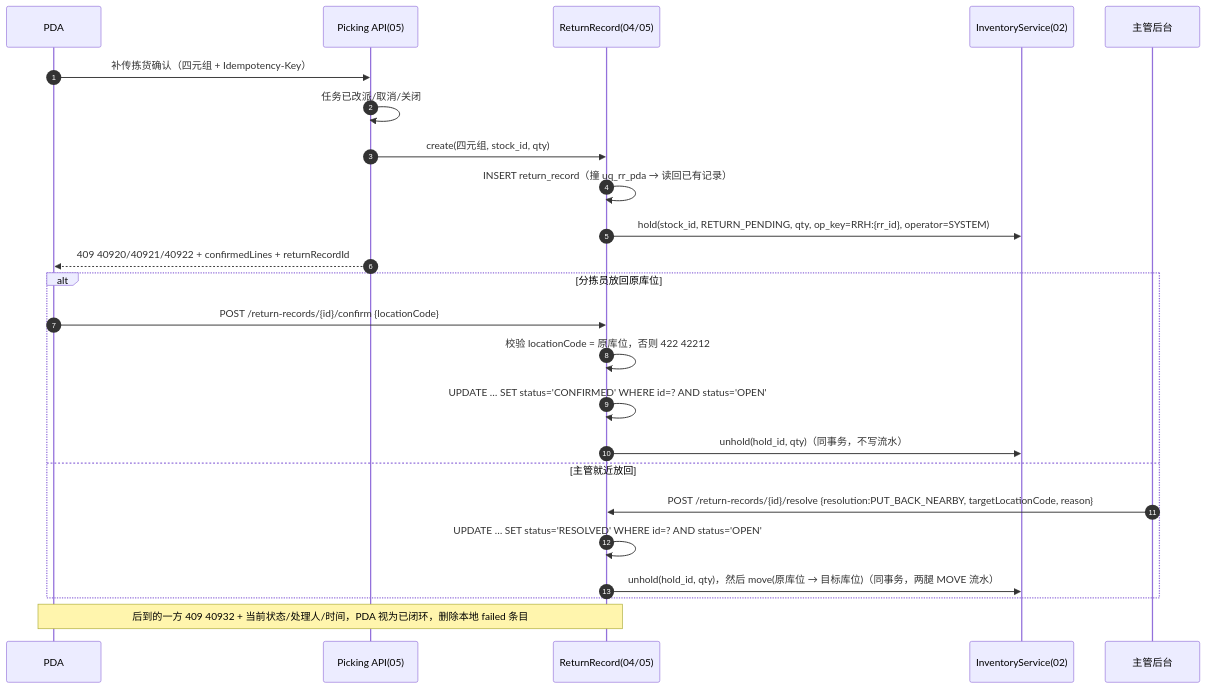
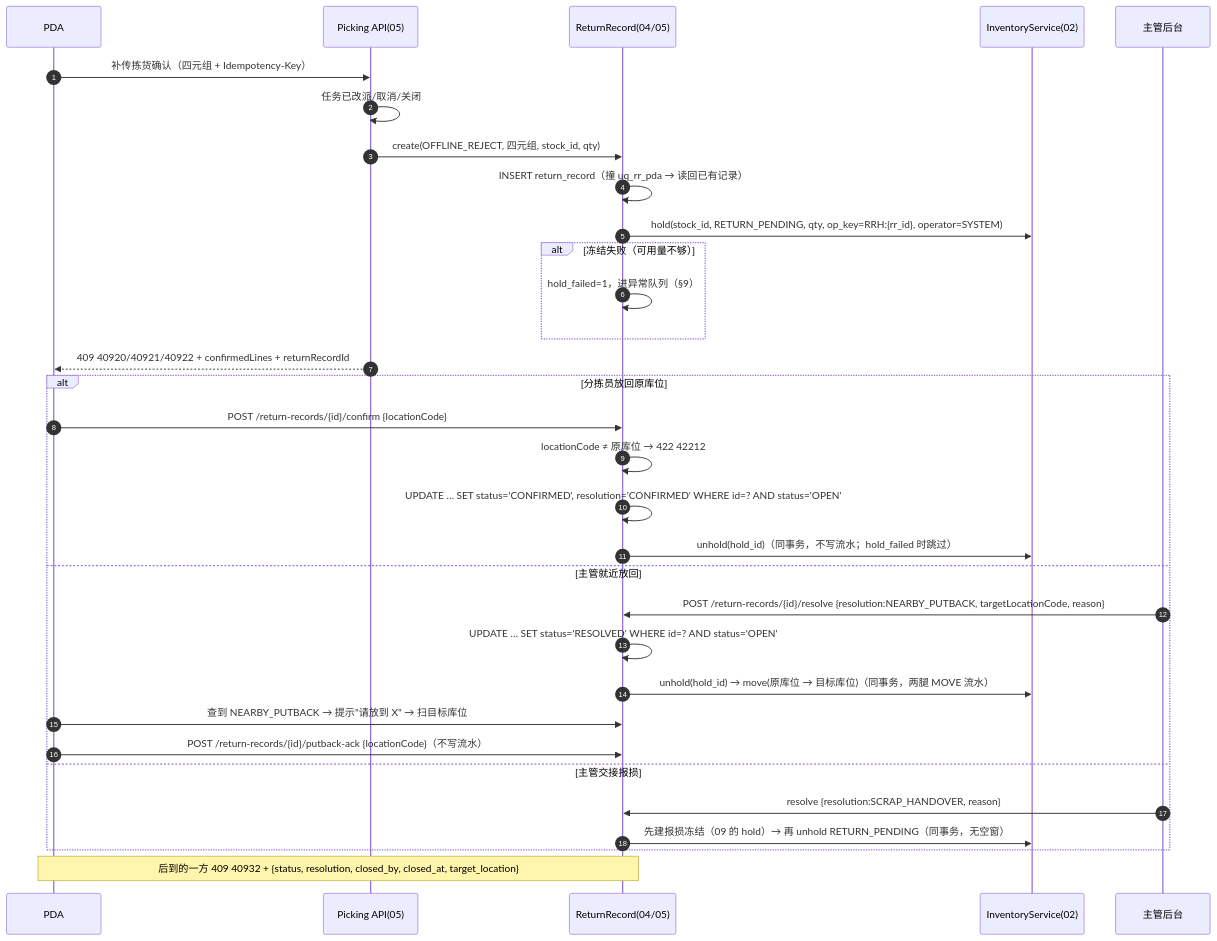
Before and after one commit to Akarin7784/fresh-wms: the fourth of 4 diagrams in docs/04-出库与分配.md, drawn with Mermaid. The commit also changed other lines of this file and 3 other files, not shown here.

Commit message:
docs(04,00): 按小赵 04 对抗评审修订（B1 alloc_round 占用键、B2 已拣量守卫、B3 引用 02 hold 口径、I1–I8、S1–S5）；00 新增部署形态、POD_OP/POD_CORRECT、4095x 配送号段、第 16 篇；schema 加 ck_obo_status/source_hash/alloc_round，lot 日期改 DATE

````diff
--- a/docs/04-出库与分配.md
+++ b/docs/04-出库与分配.md
@@ -249,26 +291,34 @@
 ```mermaid
 sequenceDiagram
   autonumber
   participant PDA
   participant PK as Picking API(05)
   participant RR as ReturnRecord(04/05)
   participant INV as InventoryService(02)
   participant SUP as 主管后台
   PDA->>PK: 补传拣货确认（四元组 + Idempotency-Key）
   PK->>PK: 任务已改派/取消/关闭
-  PK->>RR: create(四元组, stock_id, qty)
+  PK->>RR: create(OFFLINE_REJECT, 四元组, stock_id, qty)
   RR->>RR: INSERT return_record（撞 uq_rr_pda → 读回已有记录）
   RR->>INV: hold(stock_id, RETURN_PENDING, qty, op_key=RRH:{rr_id}, operator=SYSTEM)
+  alt 冻结失败（可用量不够）
+    RR->>RR: hold_failed=1，进异常队列（§9）
+  end
   PK-->>PDA: 409 40920/40921/40922 + confirmedLines + returnRecordId
   alt 分拣员放回原库位
     PDA->>RR: POST /return-records/{id}/confirm {locationCode}
-    RR->>RR: 校验 locationCode = 原库位，否则 422 42212
-    RR->>RR: UPDATE … SET status='CONFIRMED' WHERE id=? AND status='OPEN'
-    RR->>INV: unhold(hold_id, qty)（同事务，不写流水）
+    RR->>RR: locationCode ≠ 原库位 → 422 42212
+    RR->>RR: UPDATE … SET status='CONFIRMED', resolution='CONFIRMED' WHERE id=? AND status='OPEN'
+    RR->>INV: unhold(hold_id)（同事务，不写流水；hold_failed 时跳过）
   else 主管就近放回
-    SUP->>RR: POST /return-records/{id}/resolve {resolution:PUT_BACK_NEARBY, targetLocationCode, reason}
+    SUP->>RR: POST /return-records/{id}/resolve {resolution:NEARBY_PUTBACK, targetLocationCode, reason}
     RR->>RR: UPDATE … SET status='RESOLVED' WHERE id=? AND status='OPEN'
-    RR->>INV: unhold(hold_id, qty)，然后 move(原库位 → 目标库位)（同事务，两腿 MOVE 流水）
+    RR->>INV: unhold(hold_id) → move(原库位 → 目标库位)（同事务，两腿 MOVE 流水）
+    PDA->>RR: 查到 NEARBY_PUTBACK → 提示"请放到 X" → 扫目标库位
+    PDA->>RR: POST /return-records/{id}/putback-ack {locationCode}（不写流水）
+  else 主管交接报损
+    SUP->>RR: resolve {resolution:SCRAP_HANDOVER, reason}
+    RR->>INV: 先建报损冻结（09 的 hold）→ 再 unhold RETURN_PENDING（同事务，无空窗）
   end
-  Note over PDA,RR: 后到的一方 409 40932 + 当前状态/处理人/时间，PDA 视为已闭环，删除本地 failed 条目
+  Note over PDA,RR: 后到的一方 409 40932 + {status, resolution, closed_by, closed_at, target_location}
 ```
````
